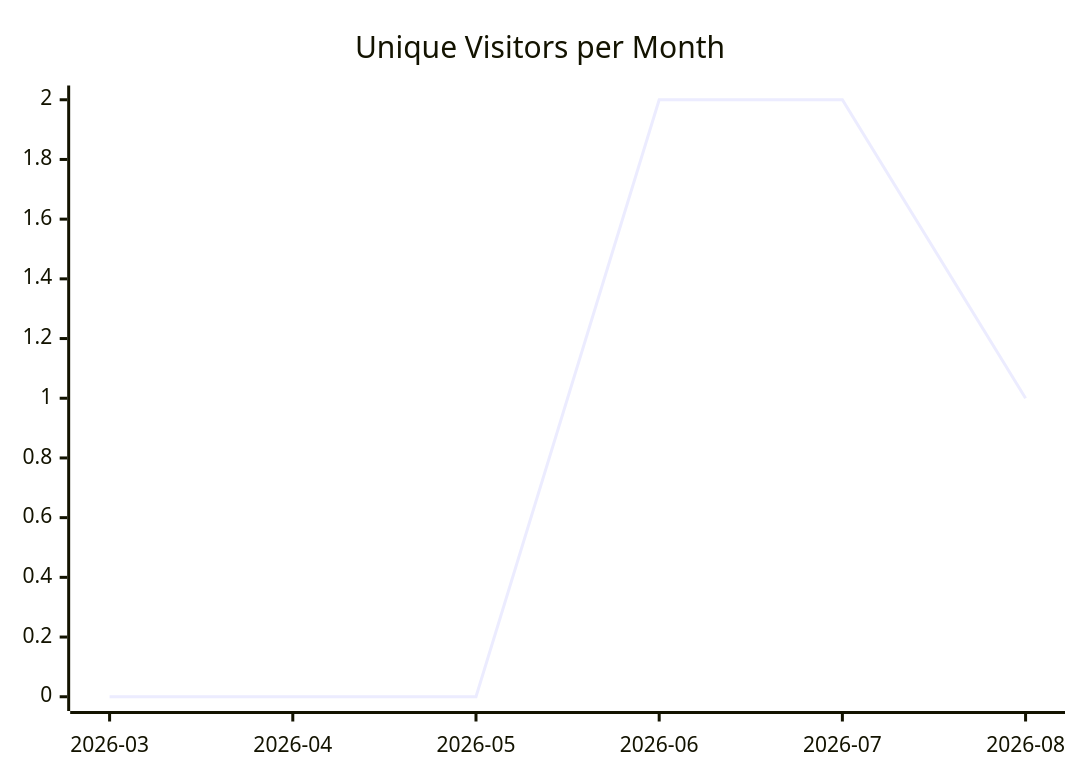
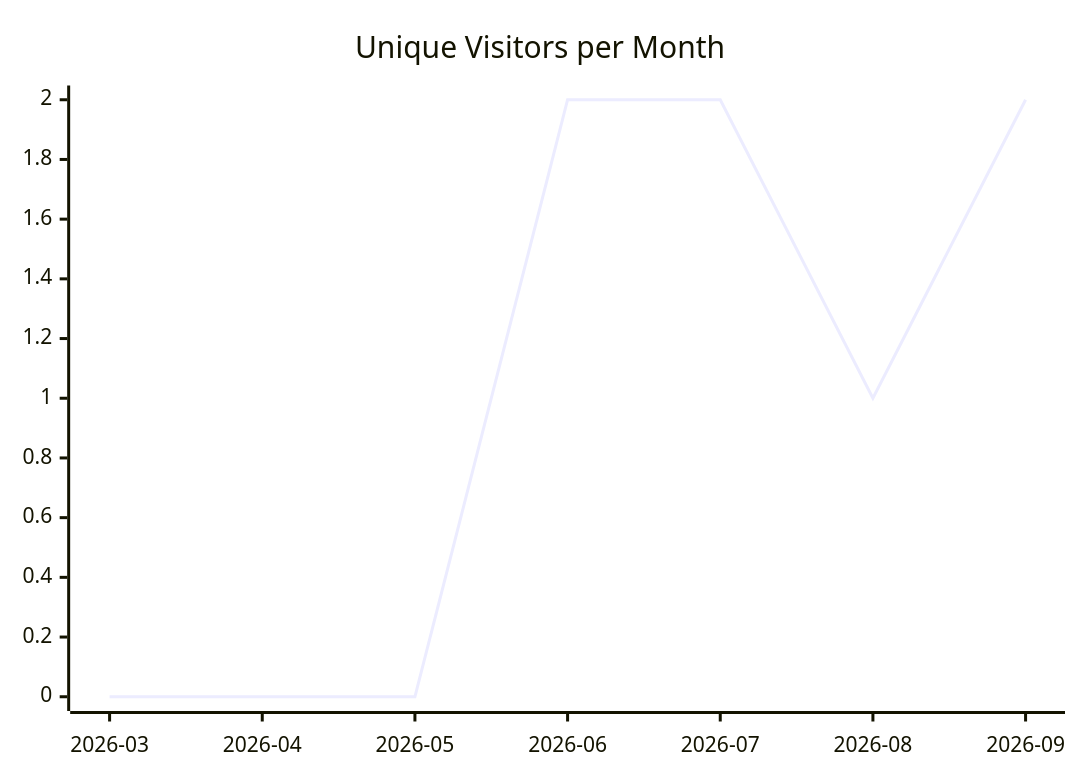
Before and after one commit to justdavis-family/github-analytics-data: the first of 3 diagrams in karlmdavis/dotfiles/README.md, drawn with Mermaid. The commit also changed other lines of this file and 191 other files, not shown here.

````diff
--- a/karlmdavis/dotfiles/README.md
+++ b/karlmdavis/dotfiles/README.md
@@ -5,6 +5,6 @@
 ```mermaid
 xychart-beta
   title "Unique Visitors per Month"
-  x-axis ["2026-03", "2026-04", "2026-05", "2026-06", "2026-07", "2026-08"]
-  line [0, 0, 0, 2, 2, 1]
+  x-axis ["2026-03", "2026-04", "2026-05", "2026-06", "2026-07", "2026-08", "2026-09"]
+  line [0, 0, 0, 2, 2, 1, 2]
 ```
````
